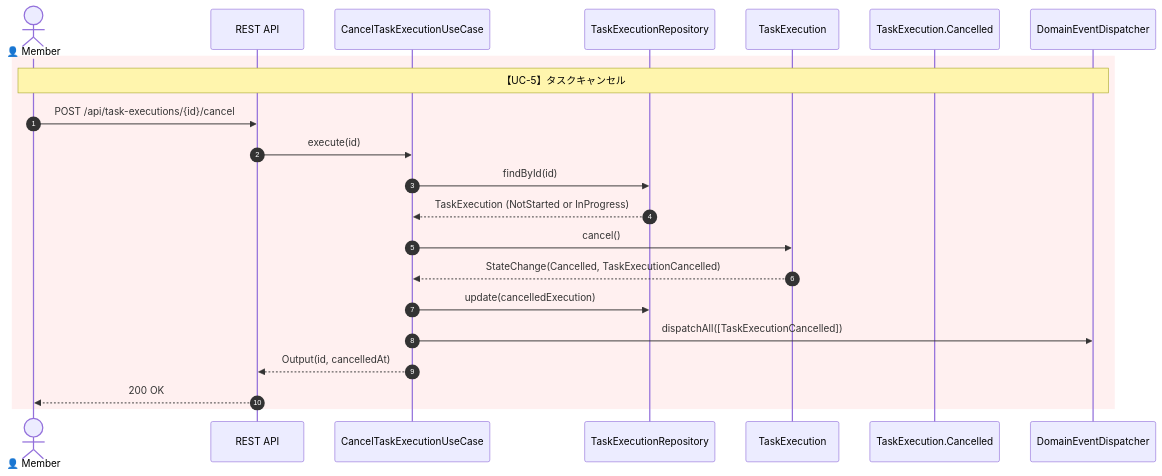
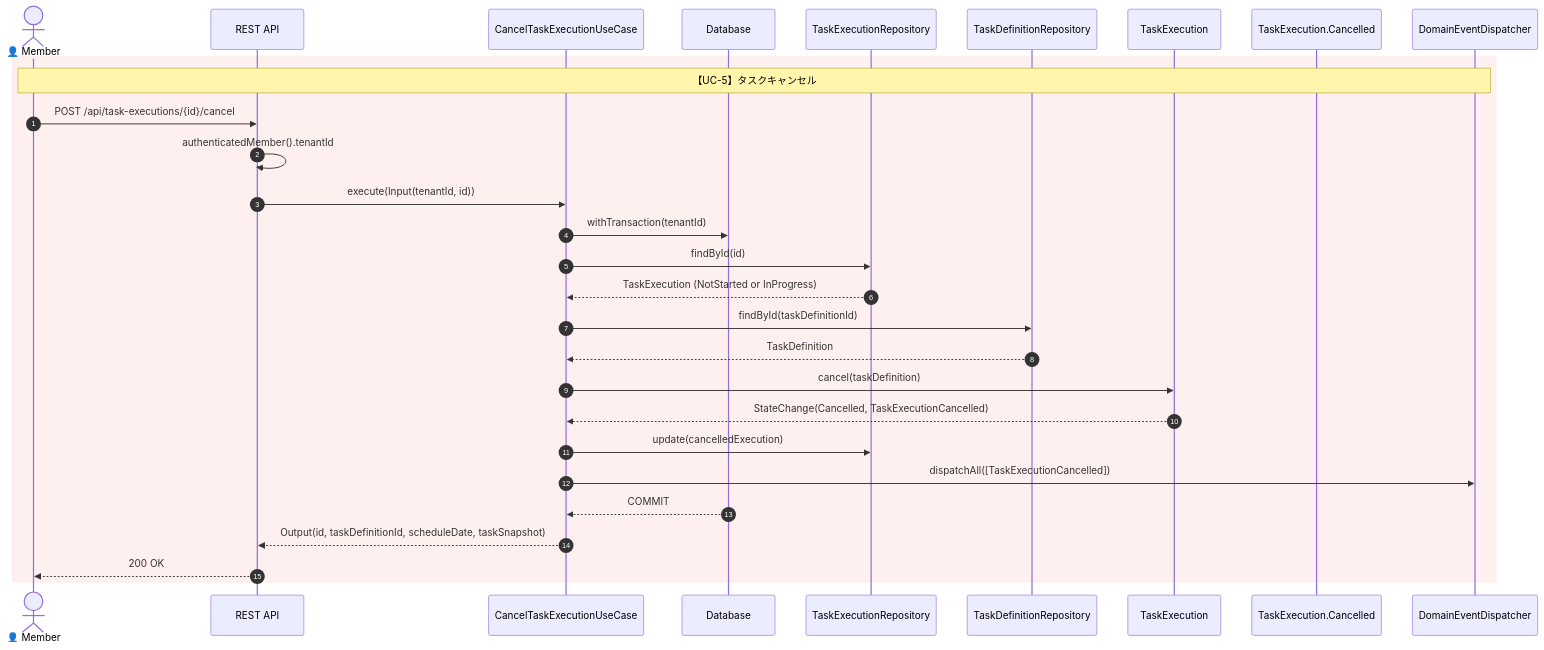
One commit to kotetsu1225/housework changed the eighth of 13 diagrams in doc/sequence-diagram.md. Above: the diagram before and after it, drawn with Mermaid. The commit also changed other lines of this file and 3 other files, not shown here.

First line of the commit message:
docs: #68 最終確認(シーケンス図・ディレクトリ構成を実装に合わせ、README の古い API 例を修正)

````diff
--- a/doc/sequence-diagram.md
+++ b/doc/sequence-diagram.md
@@ -256,32 +405,41 @@
 ```mermaid
 sequenceDiagram
     autonumber
 
     actor Member as 👤 Member
     participant API as REST API
     participant UC as CancelTaskExecutionUseCase
+    participant DB as Database
     participant ExecRepo as TaskExecutionRepository
+    participant DefRepo as TaskDefinitionRepository
     participant Exec as TaskExecution
     participant Cancelled as TaskExecution.Cancelled
     participant Disp as DomainEventDispatcher
 
     rect rgb(255, 240, 240)
         note over Member, Disp: 【UC-5】タスクキャンセル
 
         Member->>API: POST /api/task-executions/{id}/cancel
-        API->>UC: execute(id)
+        API->>API: authenticatedMember().tenantId
+        API->>UC: execute(Input(tenantId, id))
+
+        UC->>DB: withTransaction(tenantId)
 
         UC->>ExecRepo: findById(id)
         ExecRepo-->>UC: TaskExecution (NotStarted or InProgress)
 
-        UC->>Exec: cancel()
+        UC->>DefRepo: findById(taskDefinitionId)
+        DefRepo-->>UC: TaskDefinition
+
+        UC->>Exec: cancel(taskDefinition)
         Exec-->>UC: StateChange(Cancelled, TaskExecutionCancelled)
 
         UC->>ExecRepo: update(cancelledExecution)
 
         UC->>Disp: dispatchAll([TaskExecutionCancelled])
 
-        UC-->>API: Output(id, cancelledAt)
+        DB-->>UC: COMMIT
+        UC-->>API: Output(id, taskDefinitionId, scheduleDate, taskSnapshot)
         API-->>Member: 200 OK
     end
 ```
````
